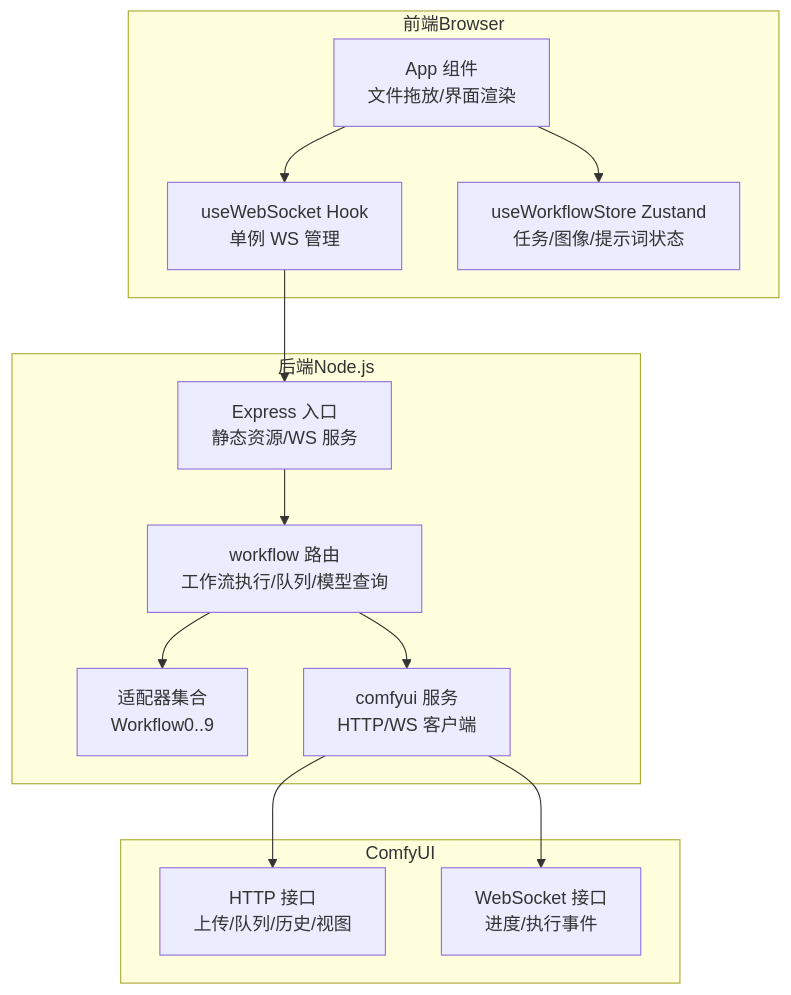
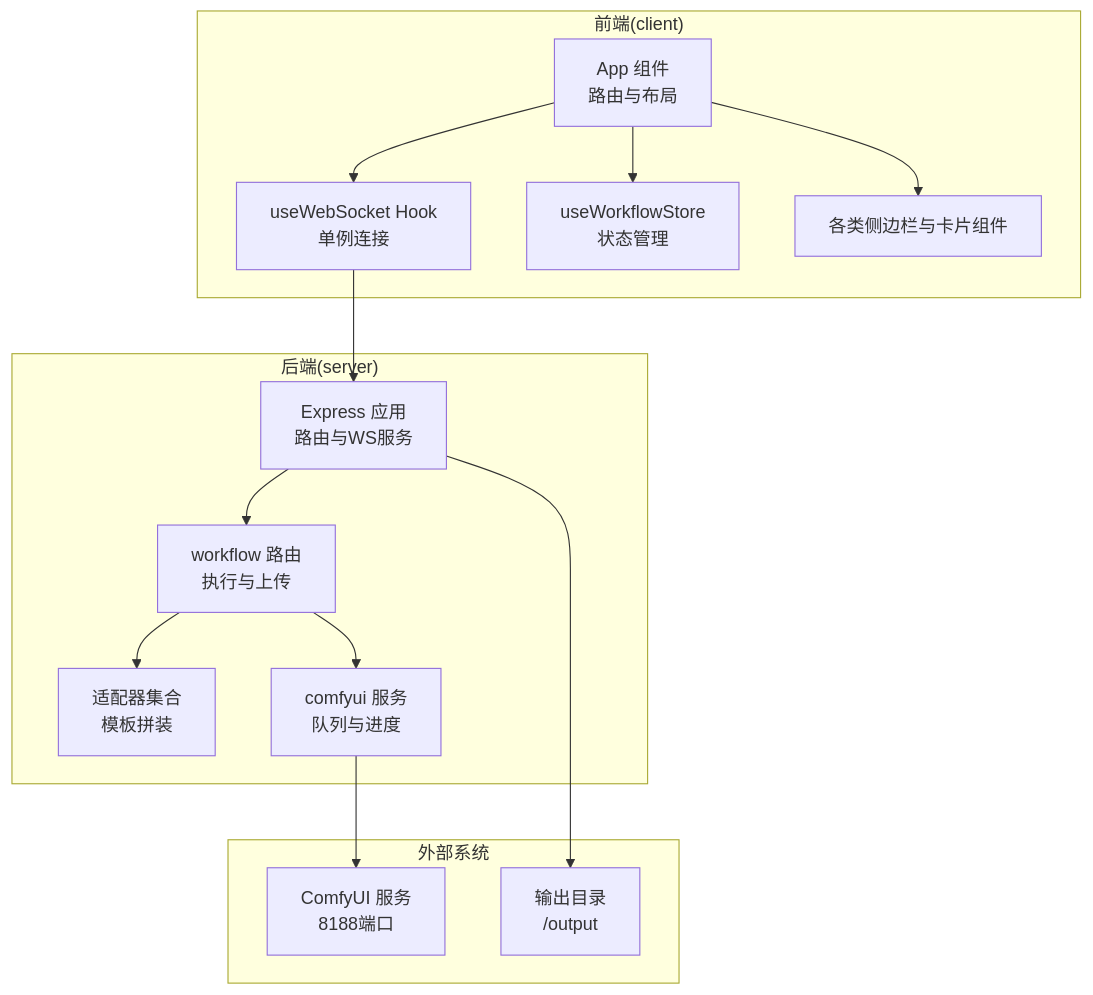
One commit to billye220670/CorineKit_Pix2Real changed the first of 3 diagrams in .qoder/repowiki/zh/content/项目概述/项目概述.md. Above: the diagram before and after it, drawn with Mermaid. The commit also changed other lines of this file and 315 other files, not shown here.

````diff
--- a/.qoder/repowiki/zh/content/项目概述/项目概述.md
+++ b/.qoder/repowiki/zh/content/项目概述/项目概述.md
@@ -42,26 +45,28 @@
 ```mermaid
 graph TB
-subgraph "前端Browser"
-FE_App["App 组件<br/>文件拖放/界面渲染"]
-FE_WS["useWebSocket Hook<br/>单例 WS 管理"]
-FE_Store["useWorkflowStore Zustand<br/>任务/图像/提示词状态"]
+subgraph "前端(client)"
+FE_App["App 组件<br/>路由与布局"]
+FE_WS["useWebSocket Hook<br/>单例连接"]
+FE_Store["useWorkflowStore<br/>状态管理"]
+FE_Components["各类侧边栏与卡片组件"]
 end
-subgraph "后端Node.js"
-BE_Index["Express 入口<br/>静态资源/WS 服务"]
-BE_Router["workflow 路由<br/>工作流执行/队列/模型查询"]
-BE_Adapters["适配器集合<br/>Workflow0..9"]
-BE_Services["comfyui 服务<br/>HTTP/WS 客户端"]
+subgraph "后端(server)"
+BE_Index["Express 应用<br/>路由与WS服务"]
+BE_Routes["workflow 路由<br/>执行与上传"]
+BE_Adapters["适配器集合<br/>模板拼装"]
+BE_Services["comfyui 服务<br/>队列与进度"]
 end
-subgraph "ComfyUI"
-CUI_HTTP["HTTP 接口<br/>上传/队列/历史/视图"]
-CUI_WS["WebSocket 接口<br/>进度/执行事件"]
+subgraph "外部系统"
+ComfyUI["ComfyUI 服务<br/>8188端口"]
+Output["输出目录<br/>/output"]
 end
 FE_App --> FE_WS
 FE_App --> FE_Store
+FE_App --> FE_Components
 FE_WS --> BE_Index
-BE_Index --> BE_Router
-BE_Router --> BE_Adapters
-BE_Router --> BE_Services
-BE_Services --> CUI_HTTP
-BE_Services --> CUI_WS
+BE_Index --> BE_Routes
+BE_Routes --> BE_Adapters
+BE_Routes --> BE_Services
+BE_Services --> ComfyUI
+BE_Index --> Output
 ```
````
